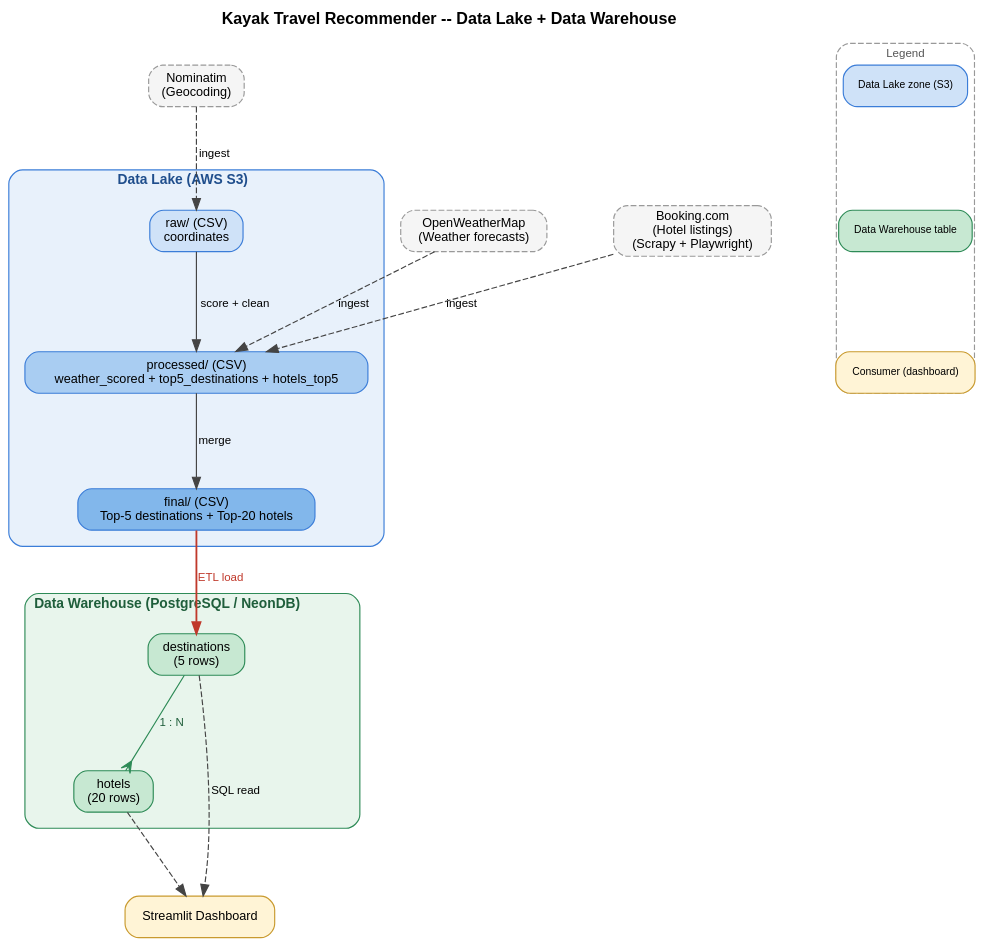
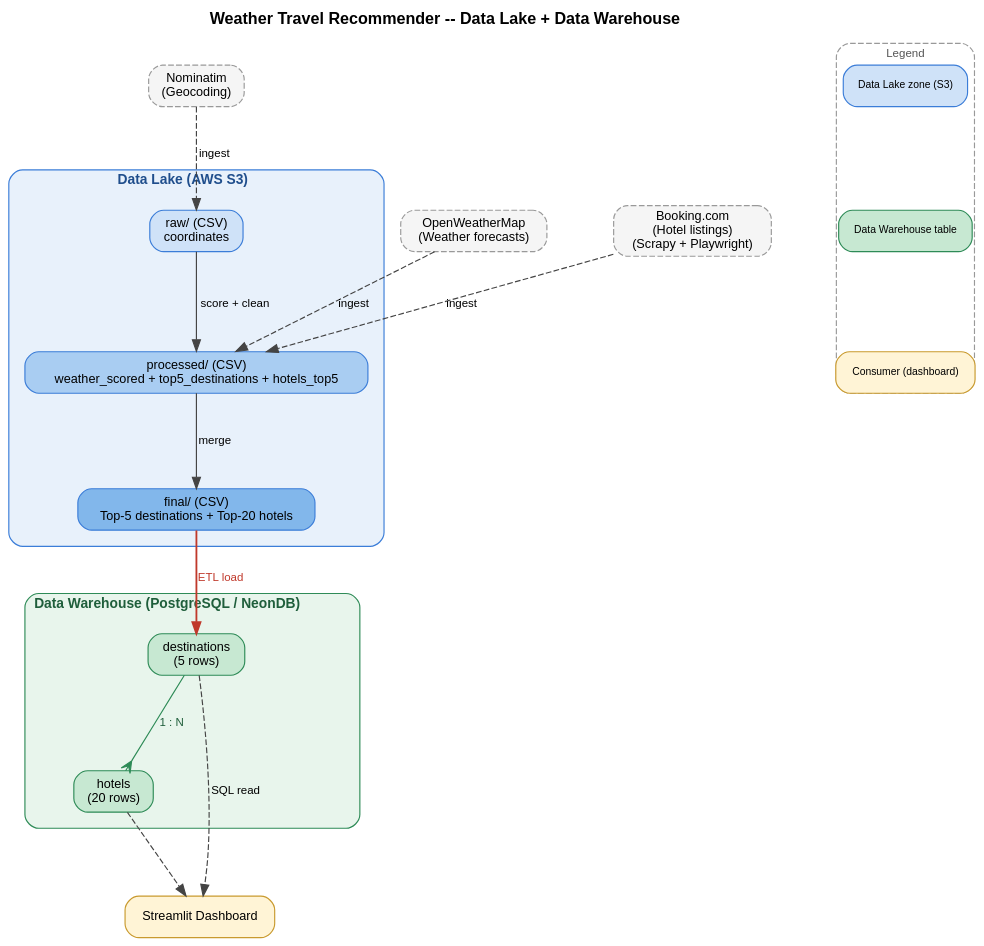
Before and after one commit to tryph0n/edu-kayak: the diagram in src/assets/diagrams/architecture.dot, drawn with Graphviz. The commit also changed 6 other files, not shown here.

First line of the commit message:
docs: use the new project name in footers, docstrings and diagrams

```diff
--- a/src/assets/diagrams/architecture.dot
+++ b/src/assets/diagrams/architecture.dot
@@ -1,107 +1,107 @@
 digraph KayakArchitecture {
     rankdir=TB;
     bgcolor=transparent;
     fontname="Helvetica";
     fontsize=14;
     labelloc="t";
-    label=<<B>Kayak Travel Recommender -- Data Lake + Data Warehouse</B>>;
+    label=<<B>Weather Travel Recommender -- Data Lake + Data Warehouse</B>>;
     nodesep=0.8;
     ranksep=1.0;
     margin="0.5";
 
     node [shape=box, style="rounded,filled", fontname="Helvetica", fontsize=11];
     edge [fontname="Helvetica", fontsize=10, color="#444444"];
 
     nominatim [
         label="Nominatim\n(Geocoding)",
         shape=box, style="rounded,filled,dashed",
         fillcolor="#F5F5F5", color="#999999"
     ];
     openweather [
         label="OpenWeatherMap\n(Weather forecasts)",
         shape=box, style="rounded,filled,dashed",
         fillcolor="#F5F5F5", color="#999999"
     ];
     booking [
         label="Booking.com\n(Hotel listings)\n(Scrapy + Playwright)",
         shape=box, style="rounded,filled,dashed",
         fillcolor="#F5F5F5", color="#999999"
     ];
 
     subgraph cluster_lake {
         label=<<B>Data Lake (AWS S3)</B>>;
         style="rounded,filled";
         fillcolor="#E8F1FB";
         color="#3B7DD8";
         fontcolor="#1F4E8C";
         fontname="Helvetica";
         fontsize=12;
         margin=14;
 
         raw [
             label="raw/ (CSV)\ncoordinates",
             fillcolor="#CFE2F8", color="#3B7DD8"
         ];
         processed [
             label="processed/ (CSV)\nweather_scored + top5_destinations + hotels_top5",
             fillcolor="#A9CDF2", color="#3B7DD8"
         ];
         final [
             label="final/ (CSV)\nTop-5 destinations + Top-20 hotels",
             fillcolor="#82B7EB", color="#3B7DD8"
         ];
 
         raw -> processed [label="score + clean"];
         processed -> final [label="merge"];
     }
 
     subgraph cluster_dw {
         label=<<B>Data Warehouse (PostgreSQL / NeonDB)</B>>;
         style="rounded,filled";
         fillcolor="#E8F5EC";
         color="#2E8B57";
         fontcolor="#1F5E3B";
         fontname="Helvetica";
         fontsize=12;
         margin=14;
 
         destinations [
             fillcolor="#C7E8D2", color="#2E8B57",
             label="destinations\n(5 rows)"
         ];
         hotels [
             fillcolor="#C7E8D2", color="#2E8B57",
             label="hotels\n(20 rows)"
         ];
 
         destinations -> hotels [label="1 : N", arrowhead=crow, color="#2E8B57", fontcolor="#1F5E3B"];
     }
 
     dashboard [
         label="Streamlit Dashboard",
         fillcolor="#FFF4D6", color="#C99A2E"
     ];
 
     nominatim -> raw [label="ingest", style=dashed];
     openweather -> processed [label="ingest", style=dashed];
     booking -> processed [label="ingest", style=dashed];
     final -> destinations [label="ETL load", color="#C0392B", fontcolor="#C0392B", penwidth=1.6];
     destinations -> dashboard [label="SQL read", style=dashed];
     hotels -> dashboard [style=dashed];
 
     subgraph cluster_legend {
         label="Legend";
         style="rounded,dashed";
         color="#999999";
         fontcolor="#555555";
         fontname="Helvetica";
         fontsize=10;
 
         legend_dl [label="Data Lake zone (S3)", fillcolor="#CFE2F8", color="#3B7DD8", fontsize=9];
         legend_dw [label="Data Warehouse table", fillcolor="#C7E8D2", color="#2E8B57", fontsize=9];
         legend_app [label="Consumer (dashboard)", fillcolor="#FFF4D6", color="#C99A2E", fontsize=9];
 
         legend_dl -> legend_dw [style=invis];
         legend_dw -> legend_app [style=invis];
     }
 }
```
